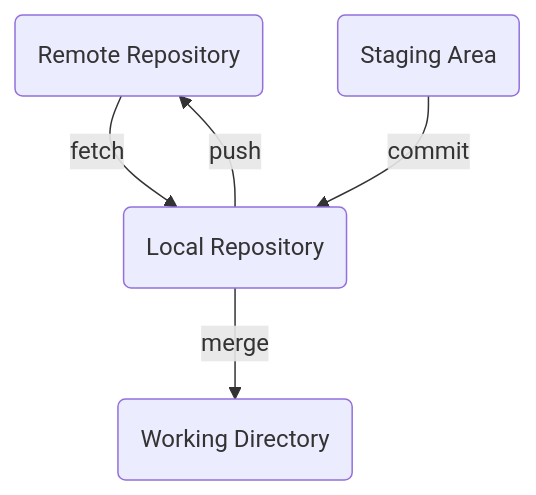
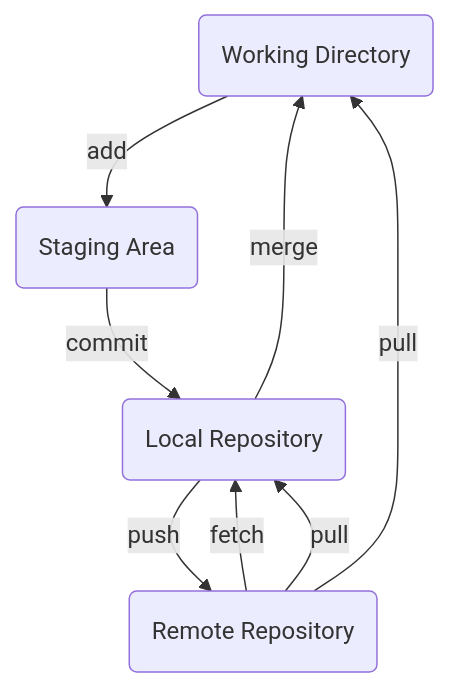
One commit to iwsky/htnblg changed the diagram in entry/2024-01/2024-01-29-1251.md. Above: the diagram before and after it, drawn with Mermaid. The commit also changed other lines of this file, not shown here.

Commit message:
new git workflow

````diff
--- a/entry/2024-01/2024-01-29-1251.md
+++ b/entry/2024-01/2024-01-29-1251.md
@@ -5,25 +7,16 @@
 ```mermaid
 flowchart TB
 
-
+W1(Working Directory)
 R1(Remote Repository)
 L1(Local Repository)
 S1(Staging Area)
-W1(Working Directory)
-
-
-
 
 R1 -- fetch --> L1
 L1 -- merge --> W1
+L1 -- push --> R1
+W1 -- add --> S1
 S1 -- commit --> L1
-
-
-
-L1 -- push --> R1
-
-
-
-
-
+R1 -- pull --> W1
+R1 -- pull --> L1
 ```
````
